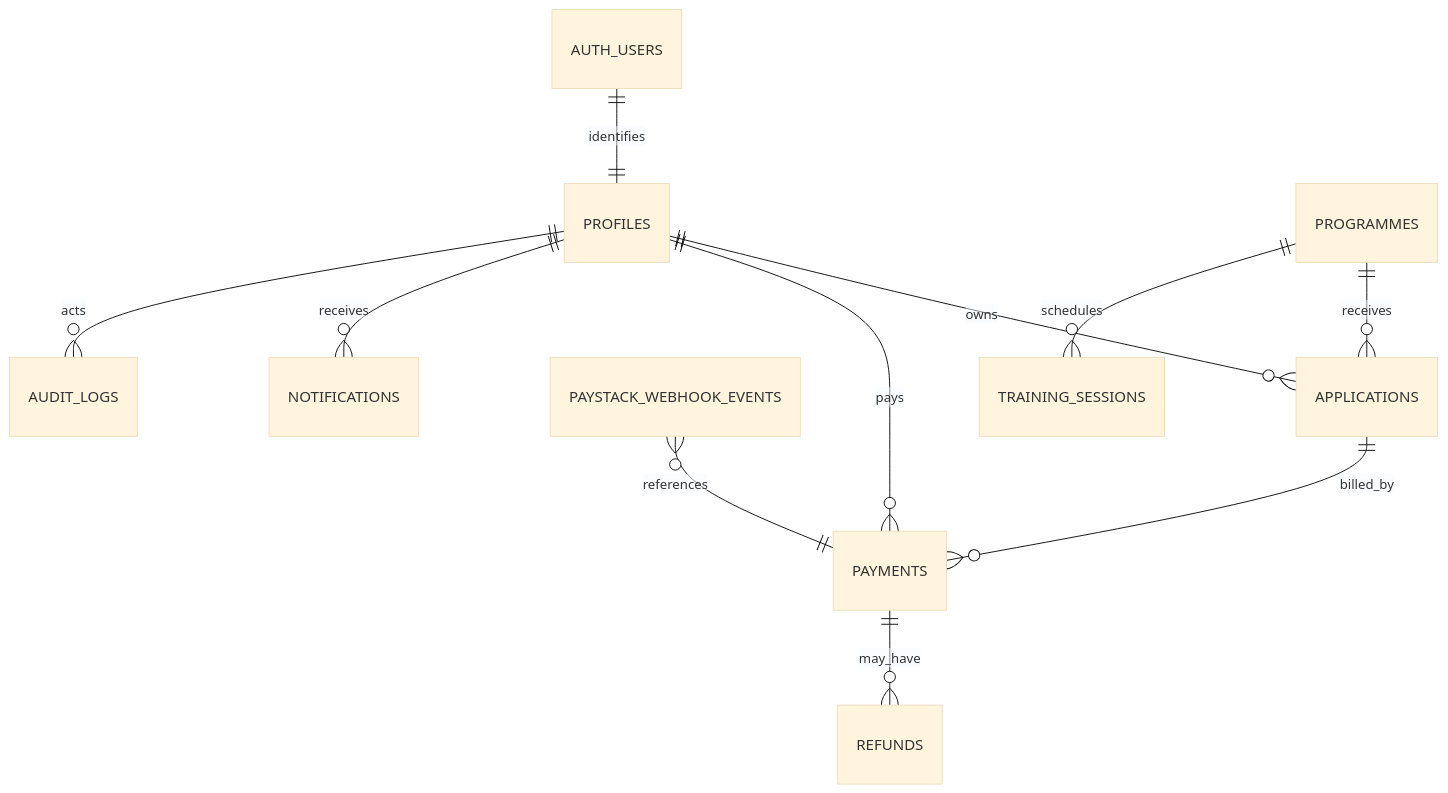
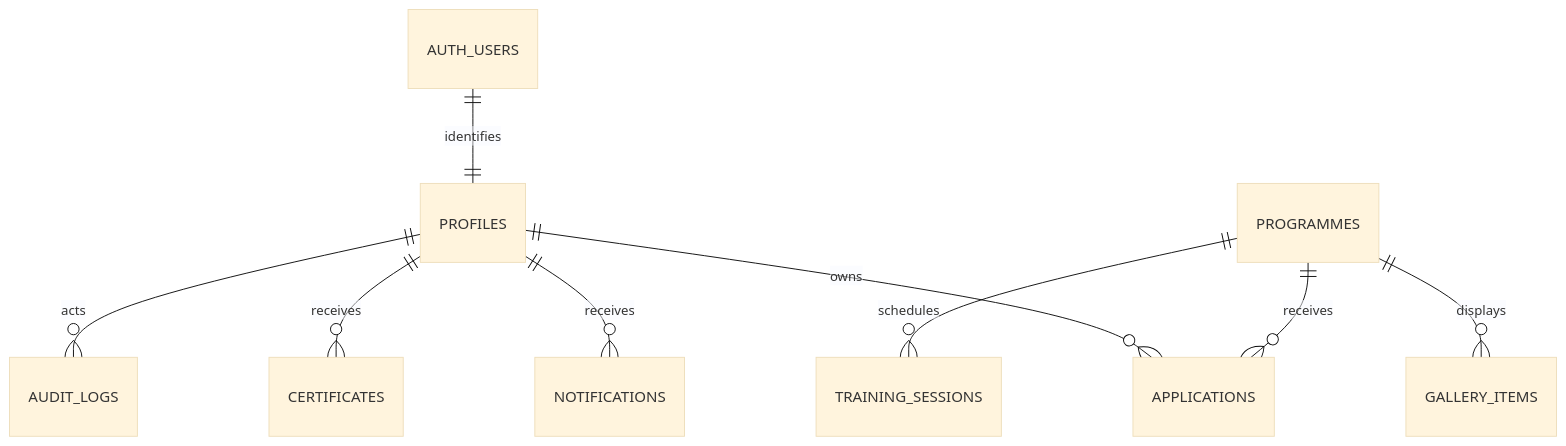
Before and after one commit to Abdilito4-real/Tamark: the diagram in TAMARK_PRODUCTION_READINESS.md, drawn with Mermaid (base theme). The commit also changed other lines of this file and 61 other files, not shown here.

Commit message:
Replace payments with WhatsApp applications and add gallery

````diff
--- a/TAMARK_PRODUCTION_READINESS.md
+++ b/TAMARK_PRODUCTION_READINESS.md
@@ -78,13 +79,11 @@
 ```mermaid
 erDiagram
   AUTH_USERS ||--|| PROFILES : identifies
   PROFILES ||--o{ APPLICATIONS : owns
   PROGRAMMES ||--o{ APPLICATIONS : receives
-  APPLICATIONS ||--o{ PAYMENTS : billed_by
-  PROFILES ||--o{ PAYMENTS : pays
-  PAYMENTS ||--o{ REFUNDS : may_have
   PROFILES ||--o{ NOTIFICATIONS : receives
-  PAYSTACK_WEBHOOK_EVENTS }o--|| PAYMENTS : references
+  PROGRAMMES ||--o{ GALLERY_ITEMS : displays
+  PROFILES ||--o{ CERTIFICATES : receives
   PROFILES ||--o{ AUDIT_LOGS : acts
   PROGRAMMES ||--o{ TRAINING_SESSIONS : schedules
 ```
````
